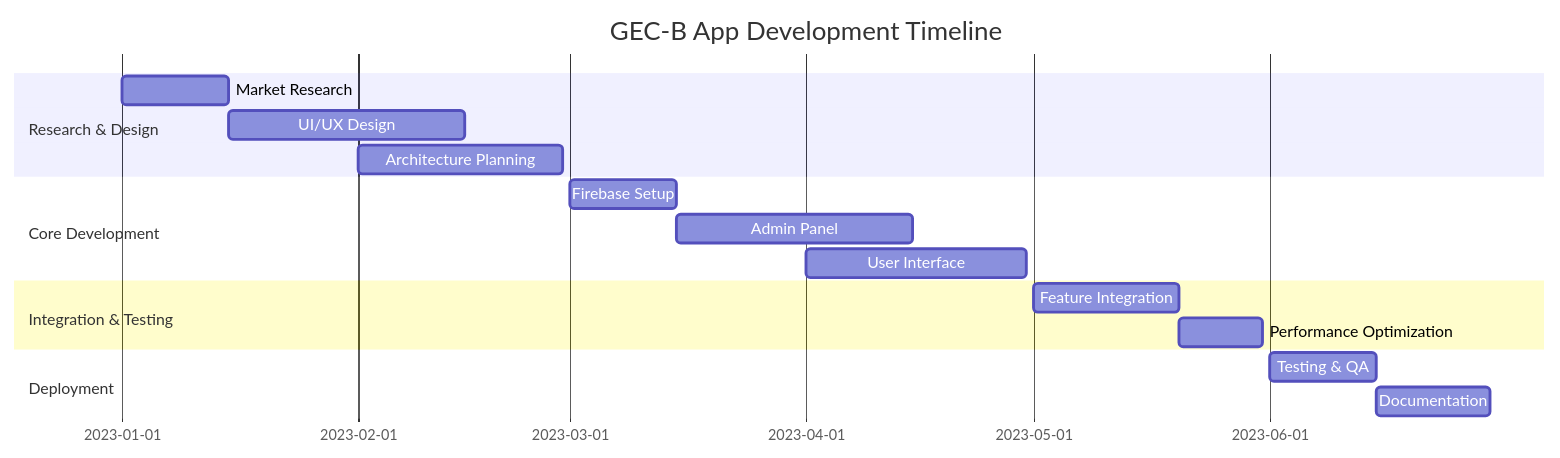
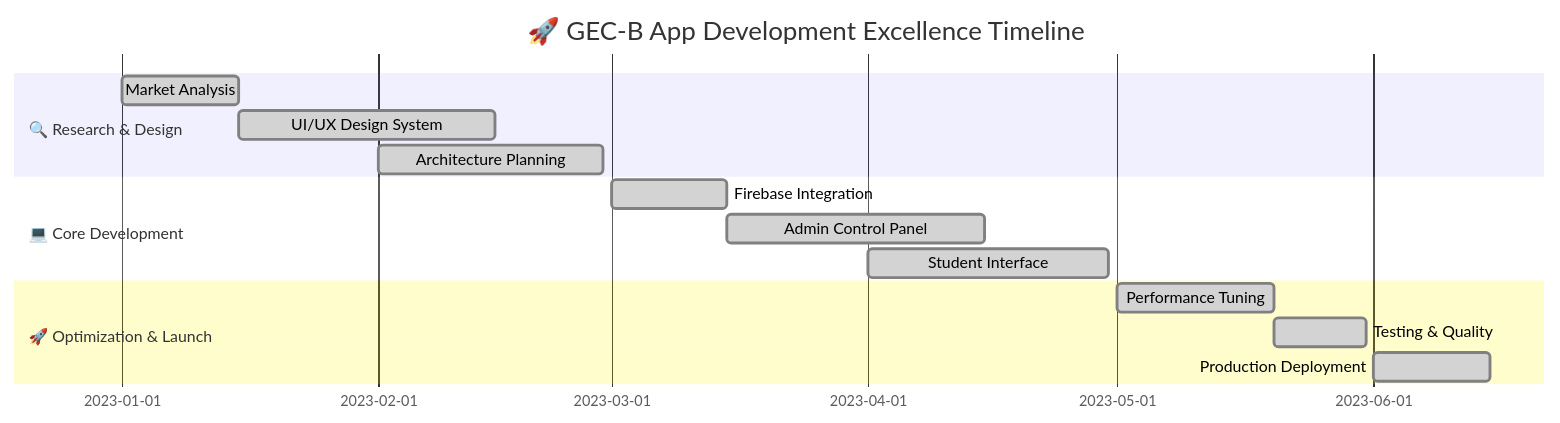
One commit to prahlad0007/GEC-B-App changed the second of 2 diagrams in README.md. Above: the diagram before and after it, drawn with Mermaid. The commit also changed other lines of this file, not shown here.

````diff
--- a/README.md
+++ b/README.md
@@ -296,22 +283,19 @@
 ```mermaid
 gantt
-    title GEC-B App Development Timeline
+    title 🚀 GEC-B App Development Excellence Timeline
     dateFormat  YYYY-MM-DD
-    section Research & Design
-    Market Research           :2023-01-01, 2023-01-15
-    UI/UX Design             :2023-01-15, 2023-02-15
-    Architecture Planning    :2023-02-01, 2023-02-28
+    section 🔍 Research & Design
+    Market Analysis          :done, research, 2023-01-01, 2023-01-15
+    UI/UX Design System     :done, design, 2023-01-15, 2023-02-15
+    Architecture Planning   :done, arch, 2023-02-01, 2023-02-28
     
-    section Core Development
-    Firebase Setup           :2023-03-01, 2023-03-15
-    Admin Panel              :2023-03-15, 2023-04-15
-    User Interface           :2023-04-01, 2023-04-30
+    section 💻 Core Development
+    Firebase Integration    :done, firebase, 2023-03-01, 2023-03-15
+    Admin Control Panel     :done, admin, 2023-03-15, 2023-04-15
+    Student Interface       :done, user, 2023-04-01, 2023-04-30
     
-    section Integration & Testing
-    Feature Integration      :2023-05-01, 2023-05-20
-    Performance Optimization :2023-05-20, 2023-05-31
-    
-    section Deployment
-    Testing & QA            :2023-06-01, 2023-06-15
-    Documentation           :2023-06-15, 2023-06-30
+    section 🚀 Optimization & Launch
+    Performance Tuning      :done, perf, 2023-05-01, 2023-05-20
+    Testing & Quality       :done, test, 2023-05-20, 2023-05-31
+    Production Deployment   :done, deploy, 2023-06-01, 2023-06-15
 ```
````
